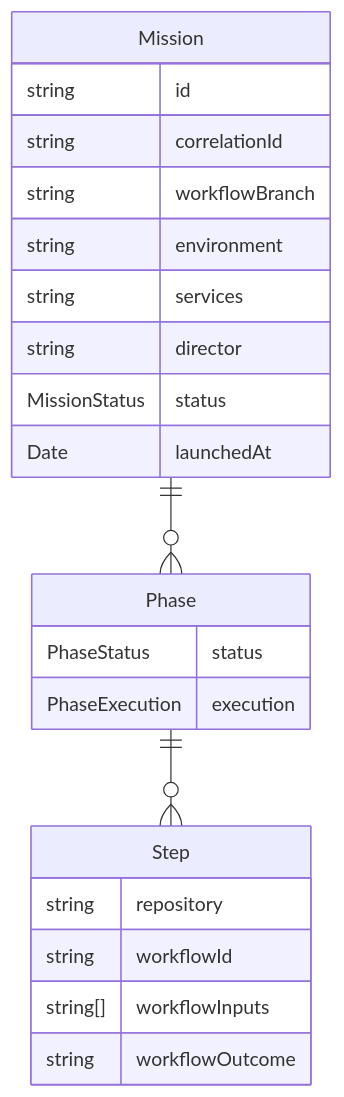
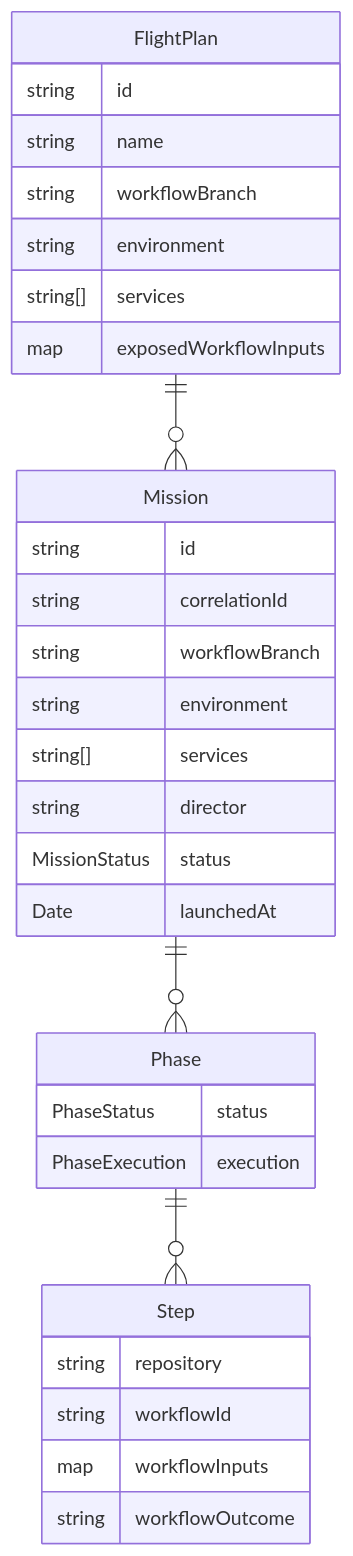
The diagram in packages/domain/README.md (Laerolf/liftoff), drawn with Mermaid before and after one commit. The commit also changed 20 other files, not shown here.

````diff
--- a/packages/domain/README.md
+++ b/packages/domain/README.md
@@ -7,28 +7,38 @@
 ```mermaid
 erDiagram
+    FlightPlan {
+        string id
+        string name
+        string workflowBranch
+        string environment
+        string[] services
+        map exposedWorkflowInputs
+    }
+
     Mission {
         string id
         string correlationId
         string workflowBranch
         string environment
-        string services
+        string[] services
         string director
         MissionStatus status
         Date launchedAt
     }
 
     Phase {
         PhaseStatus status
         PhaseExecution execution
     }
 
     Step {
         string repository
         string workflowId
-        string[] workflowInputs
+        map workflowInputs
         string workflowOutcome
     }
 
+    FlightPlan ||--o{ Mission : " "
     Mission ||--o{ Phase : " "
     Phase ||--o{ Step : " "
 ```
````
